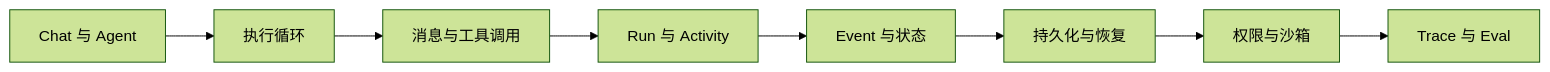
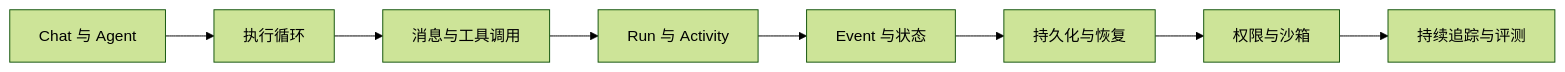
Before and after one commit to CherryYang05/BearAgent: the diagram in site/src/content/docs/zh-cn/learn/index.md, drawn with Mermaid (forest theme). The commit also changed other lines of this file and 17 other files, not shown here.

Commit message:
Refine BearAgent positioning and roadmap

````diff
--- a/site/src/content/docs/zh-cn/learn/index.md
+++ b/site/src/content/docs/zh-cn/learn/index.md
@@ -16,10 +16,10 @@
 ```mermaid
 flowchart LR
     A[Chat 与 Agent] --> B[执行循环]
     B --> C[消息与工具调用]
     C --> D[Run 与 Activity]
     D --> E[Event 与状态]
     E --> F[持久化与恢复]
     F --> G[权限与沙箱]
-    G --> H[Trace 与 Eval]
+    G --> H[持续追踪与评测]
 ```
````
